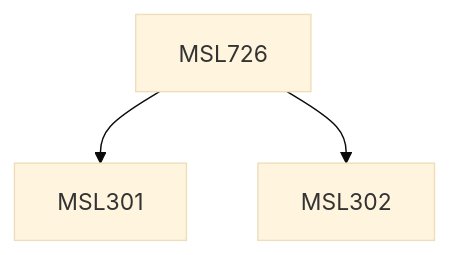
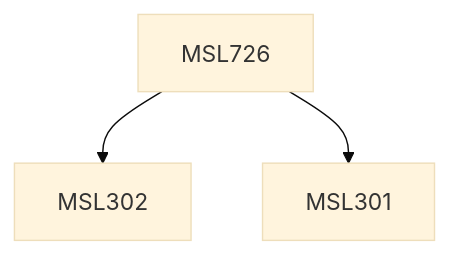
Before and after one commit to KeshavBansal0122/CoS_Website: the diagram in content/Management Studies/MSL726.md, drawn with Mermaid (base theme). The commit also changed other lines of this file and 2662 other files, not shown here.

````diff
--- a/content/Management Studies/MSL726.md
+++ b/content/Management Studies/MSL726.md
@@ -17,9 +17,9 @@
 ```mermaid
 flowchart TD
 MSL726-522[MSL726]
+MSL726-522 --> MSL302-522[MSL302]
 MSL726-522 --> MSL301-522[MSL301]
-MSL726-522 --> MSL302-522[MSL302]
 
 classDef empty height:17px, fill:transparent, stroke:transparent;
 classDef trueEmpty height:0px, width:0px;
 ```
````
